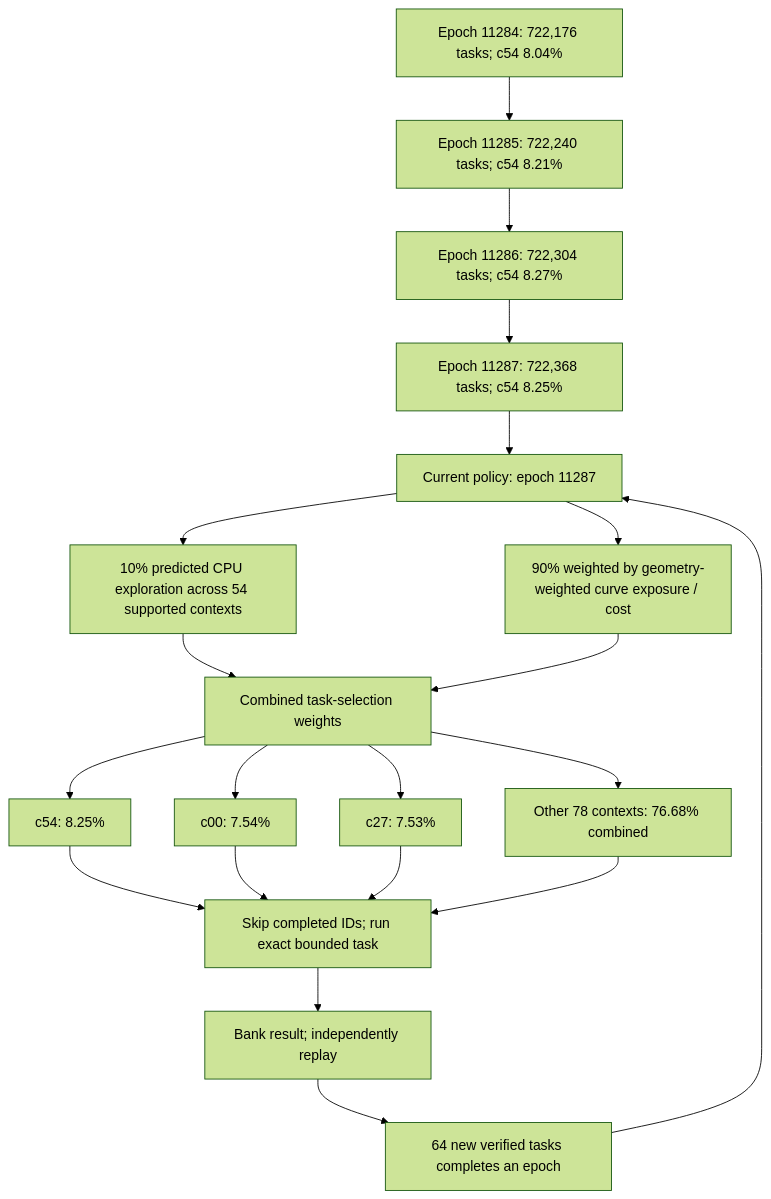
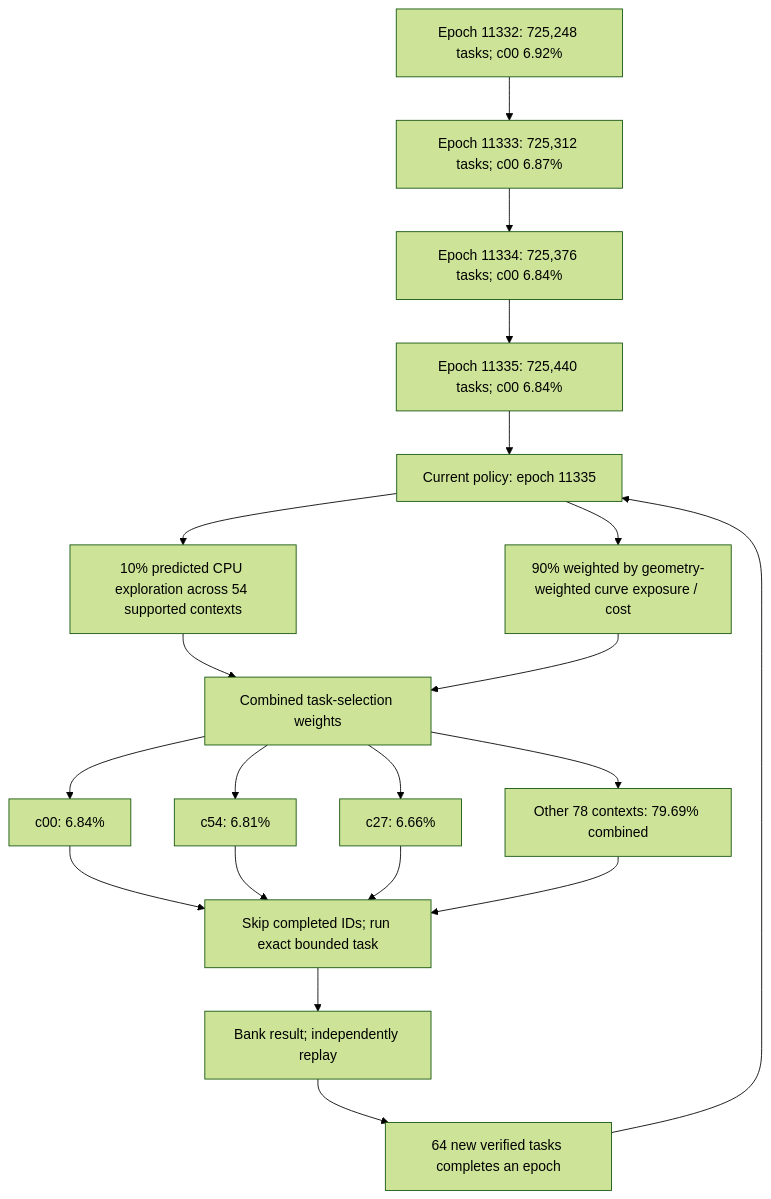
Before and after one commit to Kuberwastaken/math-gambling: the first of 4 diagrams in README.md, drawn with Mermaid (forest theme). The commit also changed other lines of this file and 6592 other files, not shown here.

````diff
--- a/README.md
+++ b/README.md
@@ -60,27 +60,27 @@
 ```mermaid
 flowchart TD
-    H0["Epoch 11284: 722,176 tasks; c54 8.04%"]
-    H1["Epoch 11285: 722,240 tasks; c54 8.21%"]
+    H0["Epoch 11332: 725,248 tasks; c00 6.92%"]
+    H1["Epoch 11333: 725,312 tasks; c00 6.87%"]
     H0 --> H1
-    H2["Epoch 11286: 722,304 tasks; c54 8.27%"]
+    H2["Epoch 11334: 725,376 tasks; c00 6.84%"]
     H1 --> H2
-    H3["Epoch 11287: 722,368 tasks; c54 8.25%"]
+    H3["Epoch 11335: 725,440 tasks; c00 6.84%"]
     H2 --> H3
-    Policy["Current policy: epoch 11287"]
+    Policy["Current policy: epoch 11335"]
     H3 --> Policy
     Policy --> Explore["10% predicted CPU exploration across 54 supported contexts"]
     Policy --> Cost["90% weighted by geometry-weighted curve exposure / cost"]
     Explore --> Mix["Combined task-selection weights"]
     Cost --> Mix
-    Mix --> C0["c54: 8.25%"]
-    Mix --> C1["c00: 7.54%"]
-    Mix --> C2["c27: 7.53%"]
-    Mix --> Rest["Other 78 contexts: 76.68% combined"]
+    Mix --> C0["c00: 6.84%"]
+    Mix --> C1["c54: 6.81%"]
+    Mix --> C2["c27: 6.66%"]
+    Mix --> Rest["Other 78 contexts: 79.69% combined"]
     C0 --> Check["Skip completed IDs; run exact bounded task"]
     C1 --> Check
     C2 --> Check
     Rest --> Check
     Check --> Replay["Bank result; independently replay"]
     Replay --> Gate["64 new verified tasks completes an epoch"]
     Gate --> Policy
 ```
````
